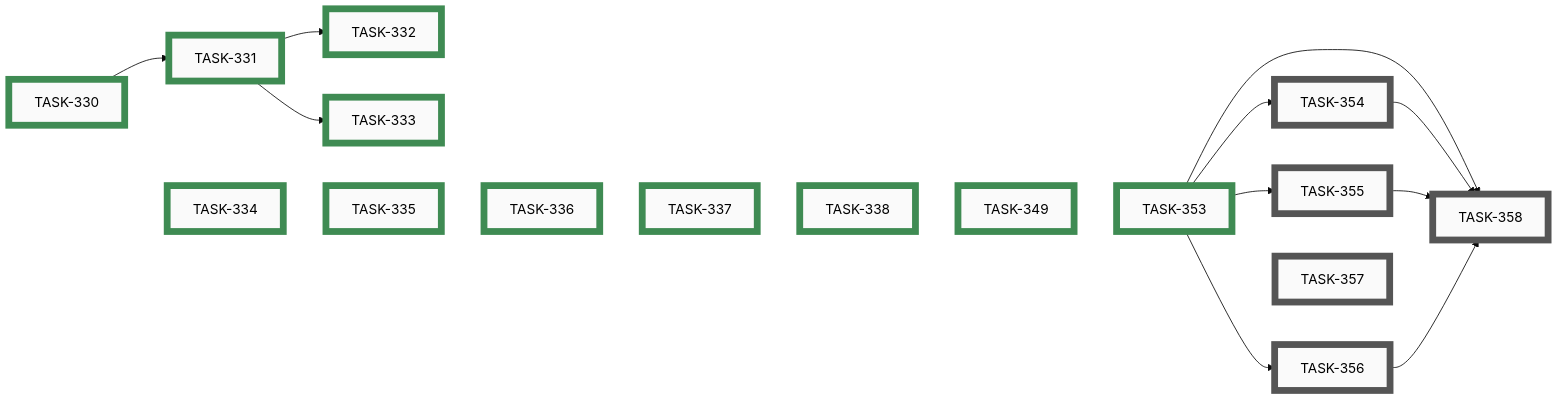
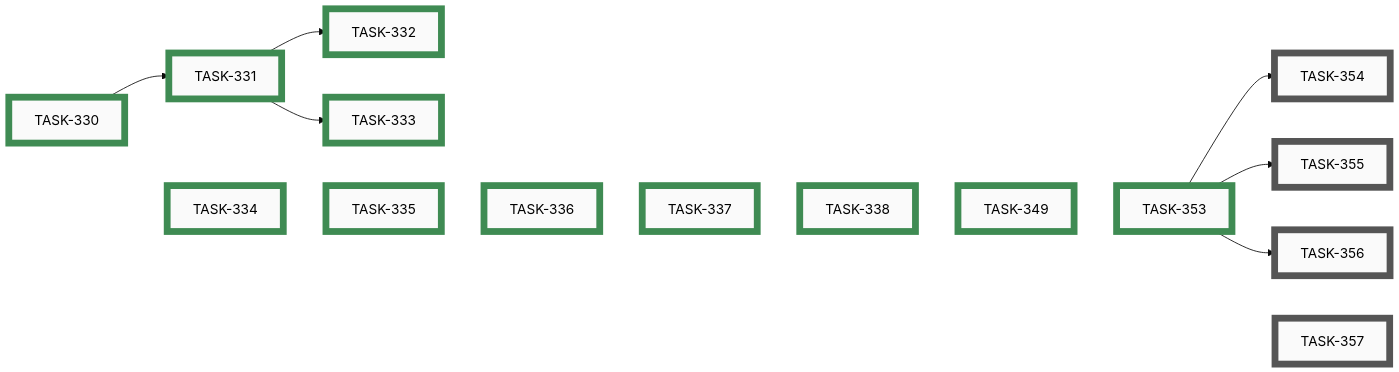
Before and after one commit to tgd1975/AwesomeStudioPedal: the eighth of 11 diagrams in docs/developers/tasks/EPICS.md, drawn with Mermaid (base theme). The commit also changed other lines of this file and 10 other files, not shown here.

````diff
--- a/docs/developers/tasks/EPICS.md
+++ b/docs/developers/tasks/EPICS.md
@@ -296,54 +297,48 @@
 ```mermaid
 graph LR
     TASK_354["TASK-354"]:::open
     TASK_355["TASK-355"]:::open
     TASK_356["TASK-356"]:::open
     TASK_357["TASK-357"]:::open
-    TASK_358["TASK-358"]:::open
     TASK_330["TASK-330"]:::closed
     TASK_331["TASK-331"]:::closed
     TASK_332["TASK-332"]:::closed
     TASK_333["TASK-333"]:::closed
     TASK_334["TASK-334"]:::closed
     TASK_335["TASK-335"]:::closed
     TASK_336["TASK-336"]:::closed
     TASK_337["TASK-337"]:::closed
     TASK_338["TASK-338"]:::closed
     TASK_349["TASK-349"]:::closed
     TASK_353["TASK-353"]:::closed
     TASK_353 --> TASK_354
     TASK_353 --> TASK_355
     TASK_353 --> TASK_356
-    TASK_353 --> TASK_358
-    TASK_354 --> TASK_358
-    TASK_355 --> TASK_358
-    TASK_356 --> TASK_358
     TASK_330 --> TASK_331
     TASK_331 --> TASK_332
     TASK_331 --> TASK_333
     TASK_330 ~~~ TASK_334 ~~~ TASK_335 ~~~ TASK_336 ~~~ TASK_337 ~~~ TASK_338 ~~~ TASK_349 ~~~ TASK_353 ~~~ TASK_357
     click TASK_354 "open/task-354-firmware-version-read-characteristic.md"
     click TASK_355 "open/task-355-firmware-config-readback.md"
     click TASK_356 "open/task-356-firmware-active-profile-notify.md"
     click TASK_357 "open/task-357-reconcile-max-config-bytes-doc-vs-code.md"
-    click TASK_358 "open/task-358-nrf52840-ble-readback-surfaces.md"
     click TASK_330 "closed/task-330-decide-content-page-open-questions.md"
     click TASK_331 "closed/task-331-add-info-about-page.md"
     click TASK_332 "closed/task-332-add-howto-quickstart-page.md"
     click TASK_333 "closed/task-333-add-profiles-troubleshooting-legal-pages.md"
     click TASK_334 "closed/task-334-add-startup-splash-screen.md"
     click TASK_335 "closed/task-335-add-connection-status-strip-and-details-sheet.md"
     click TASK_336 "closed/task-336-add-connected-pedal-page-board-only.md"
     click TASK_337 "closed/task-337-firmware-expose-version-config-active-profile.md"
     click TASK_338 "closed/task-338-add-hid-display-table-and-live-keystroke-page.md"
     click TASK_349 "closed/task-349-display-unified-version-in-mobile-app.md"
     click TASK_353 "closed/task-353-feasibility-firmware-ble-readback-surfaces.md"
     classDef open    fill:#FAFAFA,stroke:#555,stroke-width:8px,color:#000
     classDef active  fill:#FAFAFA,stroke:#1A6FA8,stroke-width:8px,color:#000
     classDef closed  fill:#FAFAFA,stroke:#3F8B53,stroke-width:8px,color:#000
     classDef paused  fill:#FAFAFA,stroke:#B07810,stroke-width:8px,color:#000
     classDef openExt    fill:#000,stroke:#888,stroke-width:8px,color:#FFF
     classDef activeExt  fill:#000,stroke:#3FA9F5,stroke-width:8px,color:#FFF
     classDef closedExt  fill:#000,stroke:#7CC68A,stroke-width:8px,color:#FFF
     classDef pausedExt  fill:#000,stroke:#F0B030,stroke-width:8px,color:#FFF
 ```
````
